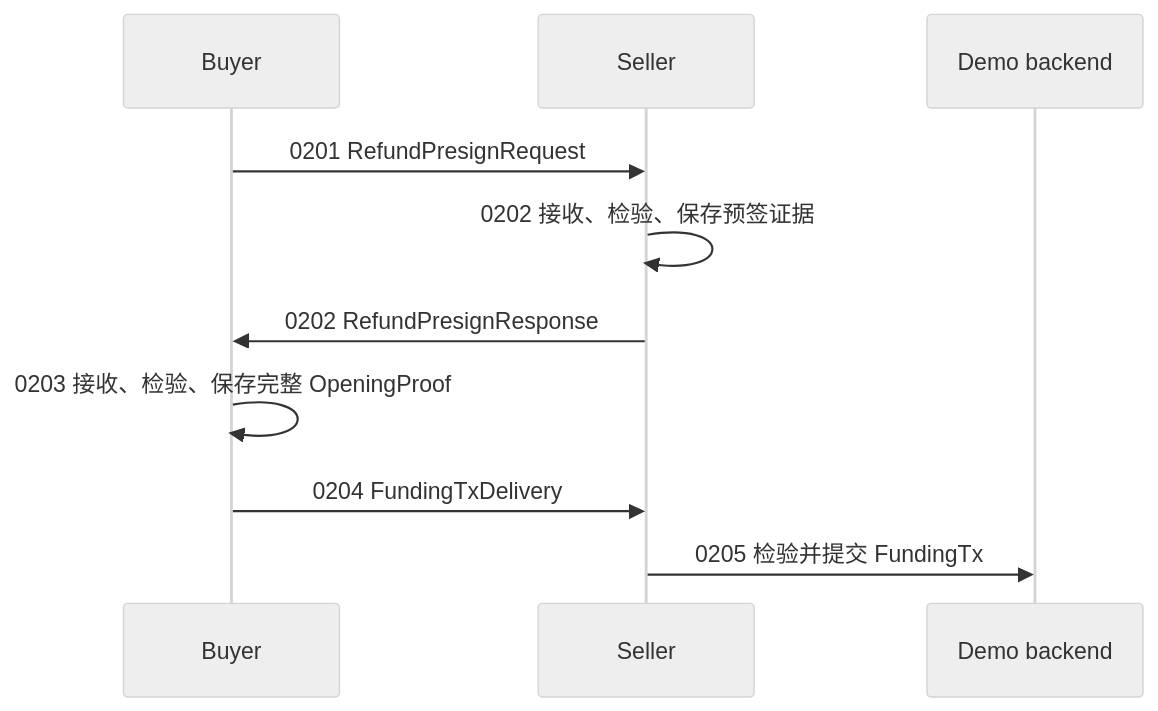
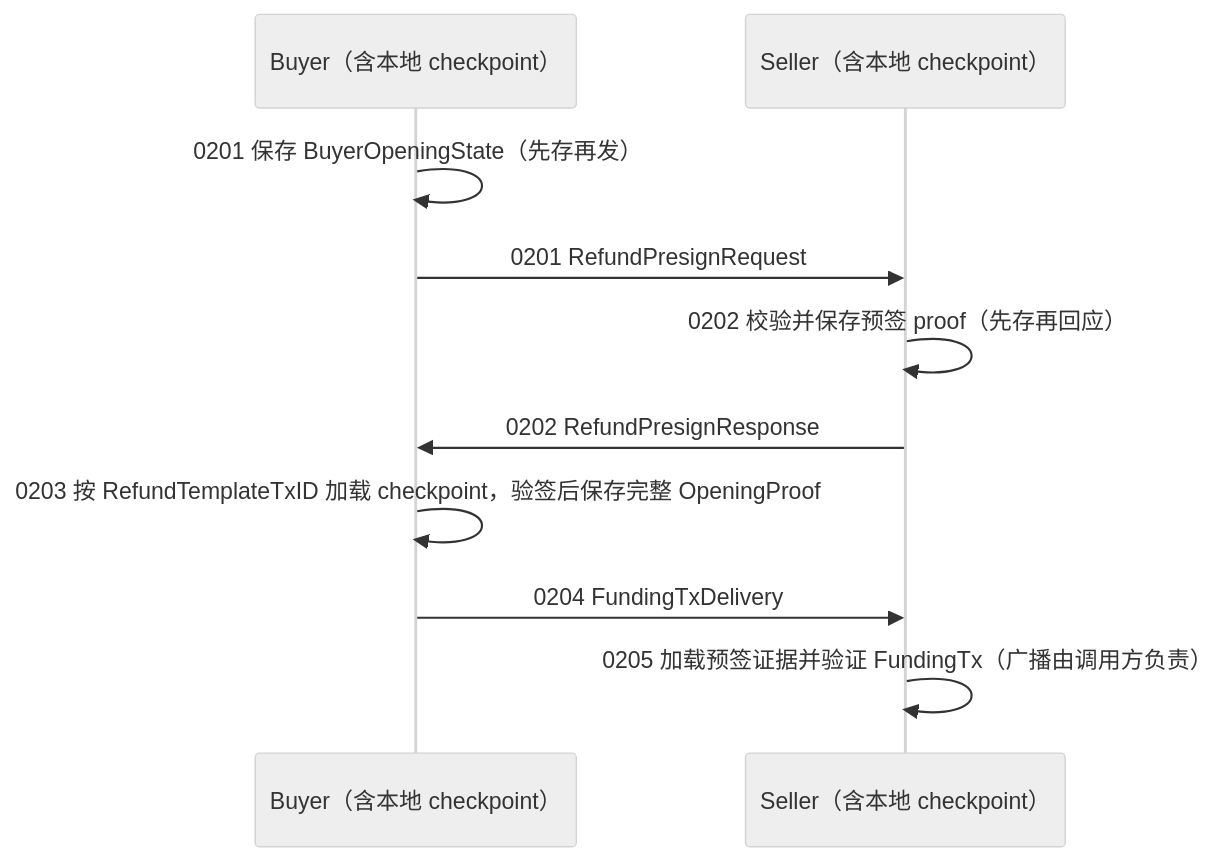
Before and after one commit to bsv8/go-bitfs: the diagram in demo/02_pool_opening/README.md, drawn with Mermaid (neutral theme). The commit also changed other lines of this file and 129 other files, not shown here.

````diff
--- a/demo/02_pool_opening/README.md
+++ b/demo/02_pool_opening/README.md
@@ -5,13 +5,13 @@
 ```mermaid
 sequenceDiagram
-    participant B as Buyer
-    participant S as Seller
-    participant N as Demo backend
+    participant B as Buyer（含本地 checkpoint）
+    participant S as Seller（含本地 checkpoint）
 
+    B->>B: 0201 保存 BuyerOpeningState（先存再发）
     B->>S: 0201 RefundPresignRequest
-    S->>S: 0202 接收、检验、保存预签证据
+    S->>S: 0202 校验并保存预签 proof（先存再回应）
     S->>B: 0202 RefundPresignResponse
-    B->>B: 0203 接收、检验、保存完整 OpeningProof
+    B->>B: 0203 按 RefundTemplateTxID 加载 checkpoint，验签后保存完整 OpeningProof
     B->>S: 0204 FundingTxDelivery
-    S->>N: 0205 检验并提交 FundingTx
+    S->>S: 0205 加载预签证据并验证 FundingTx（广播由调用方负责）
 ```
````
